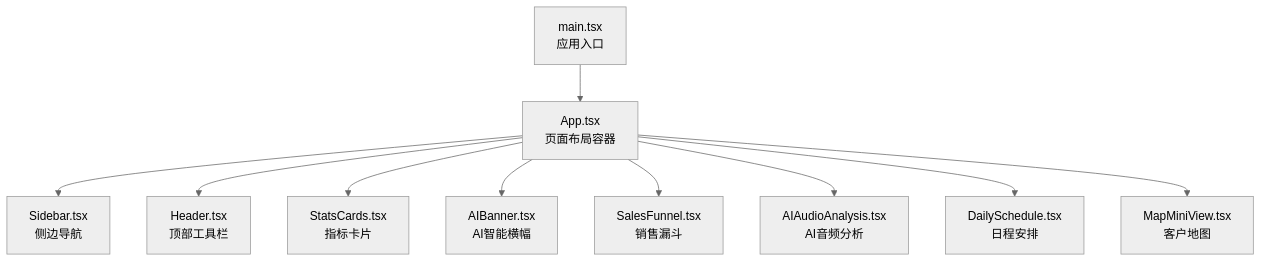
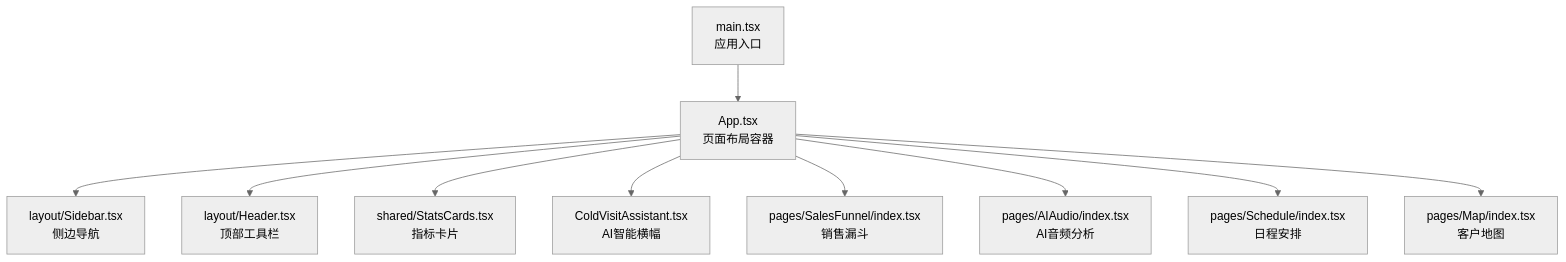
The sixth of 15 diagrams in .qoder/repowiki/zh/content/API参考/API参考.md (xianjianshenqu/SalesFlow-CRM), drawn with Mermaid (neutral theme) before and after one commit. The commit also changed other lines of this file and 17 other files, not shown here.

````diff
--- a/.qoder/repowiki/zh/content/API参考/API参考.md
+++ b/.qoder/repowiki/zh/content/API参考/API参考.md
@@ -38,12 +298,12 @@
 ```mermaid
 graph TB
 A["main.tsx<br/>应用入口"] --> B["App.tsx<br/>页面布局容器"]
-B --> C["Sidebar.tsx<br/>侧边导航"]
-B --> D["Header.tsx<br/>顶部工具栏"]
-B --> E["StatsCards.tsx<br/>指标卡片"]
-B --> F["AIBanner.tsx<br/>AI智能横幅"]
-B --> G["SalesFunnel.tsx<br/>销售漏斗"]
-B --> H["AIAudioAnalysis.tsx<br/>AI音频分析"]
-B --> I["DailySchedule.tsx<br/>日程安排"]
-B --> J["MapMiniView.tsx<br/>客户地图"]
+B --> C["layout/Sidebar.tsx<br/>侧边导航"]
+B --> D["layout/Header.tsx<br/>顶部工具栏"]
+B --> E["shared/StatsCards.tsx<br/>指标卡片"]
+B --> F["ColdVisitAssistant.tsx<br/>AI智能横幅"]
+B --> G["pages/SalesFunnel/index.tsx<br/>销售漏斗"]
+B --> H["pages/AIAudio/index.tsx<br/>AI音频分析"]
+B --> I["pages/Schedule/index.tsx<br/>日程安排"]
+B --> J["pages/Map/index.tsx<br/>客户地图"]
 ```
````
